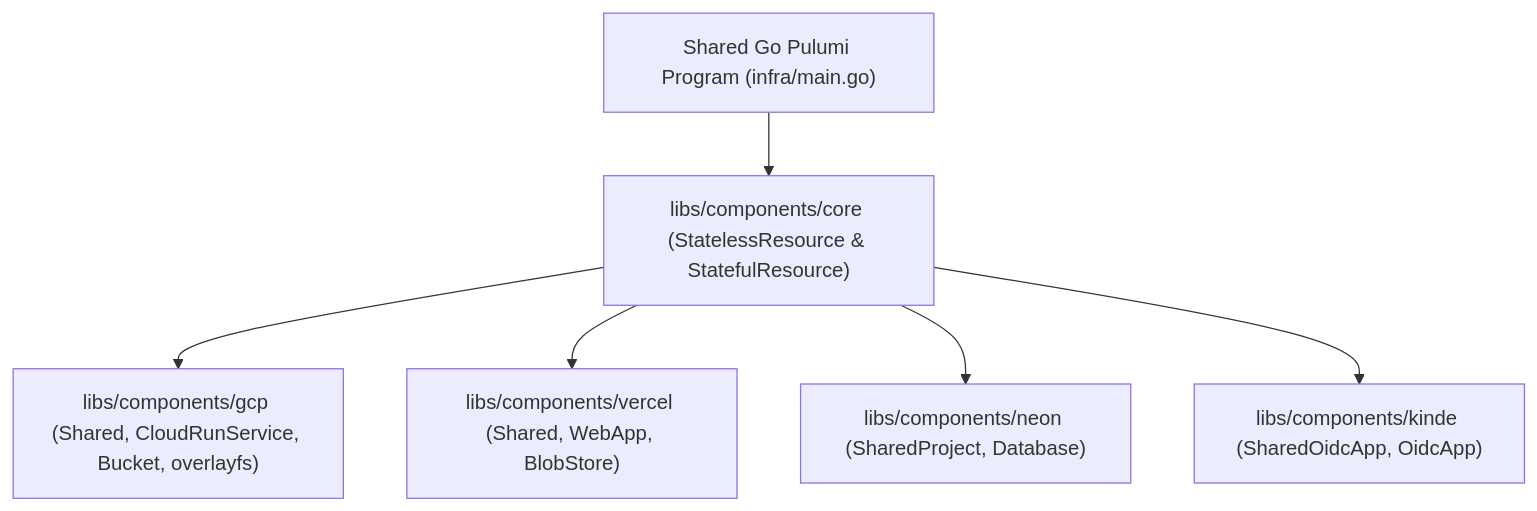
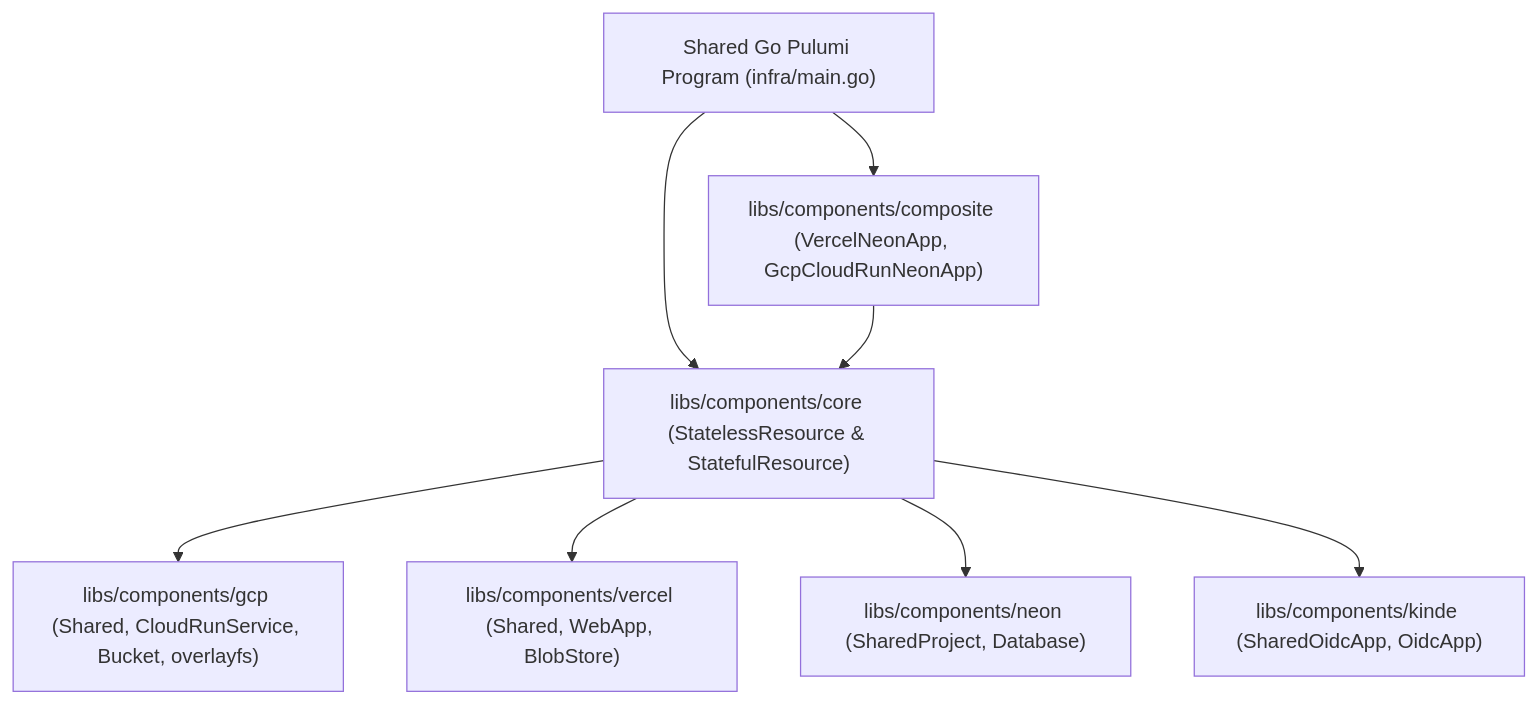
One commit to cloudvoyant/openbase changed the diagram in README.md. Above: the diagram before and after it, drawn with Mermaid. The commit also changed other lines of this file and 25 other files, not shown here.

Commit message:
feat(composite): add VercelNeonApp and GcpCloudRunNeonApp with live Kinde OTP E2E

````diff
--- a/README.md
+++ b/README.md
@@ -5,8 +5,10 @@
 ```mermaid
 flowchart TD
-    Program["Shared Go Pulumi Program (infra/main.go)"] --> Core["libs/components/core (StatelessResource & StatefulResource)"]
+    Program["Shared Go Pulumi Program (infra/main.go)"] --> Composite["libs/components/composite (VercelNeonApp, GcpCloudRunNeonApp)"]
+    Program --> Core["libs/components/core (StatelessResource & StatefulResource)"]
+    Composite --> Core
     Core --> GCP["libs/components/gcp (Shared, CloudRunService, Bucket, overlayfs)"]
     Core --> Vercel["libs/components/vercel (Shared, WebApp, BlobStore)"]
     Core --> Neon["libs/components/neon (SharedProject, Database)"]
     Core --> Kinde["libs/components/kinde (SharedOidcApp, OidcApp)"]
 ```
````
